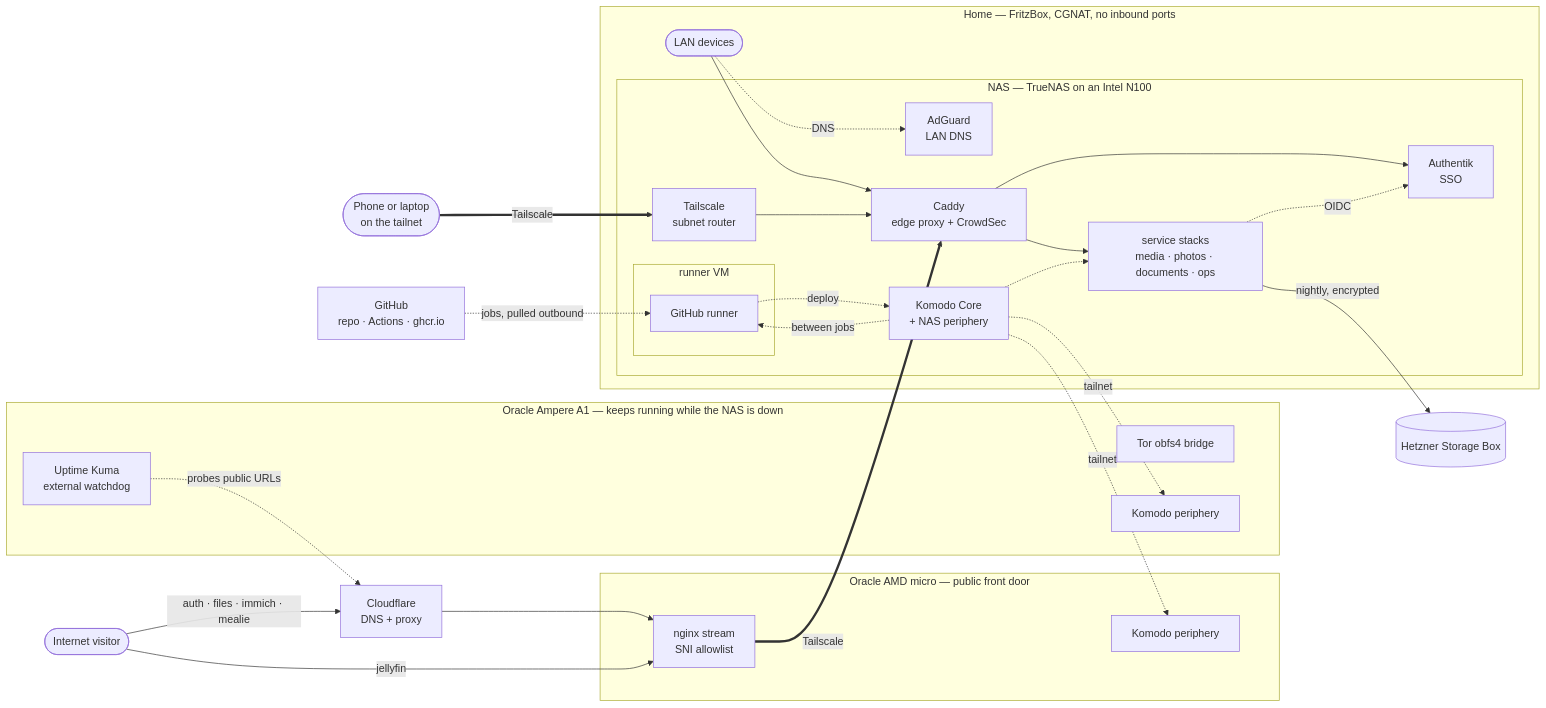
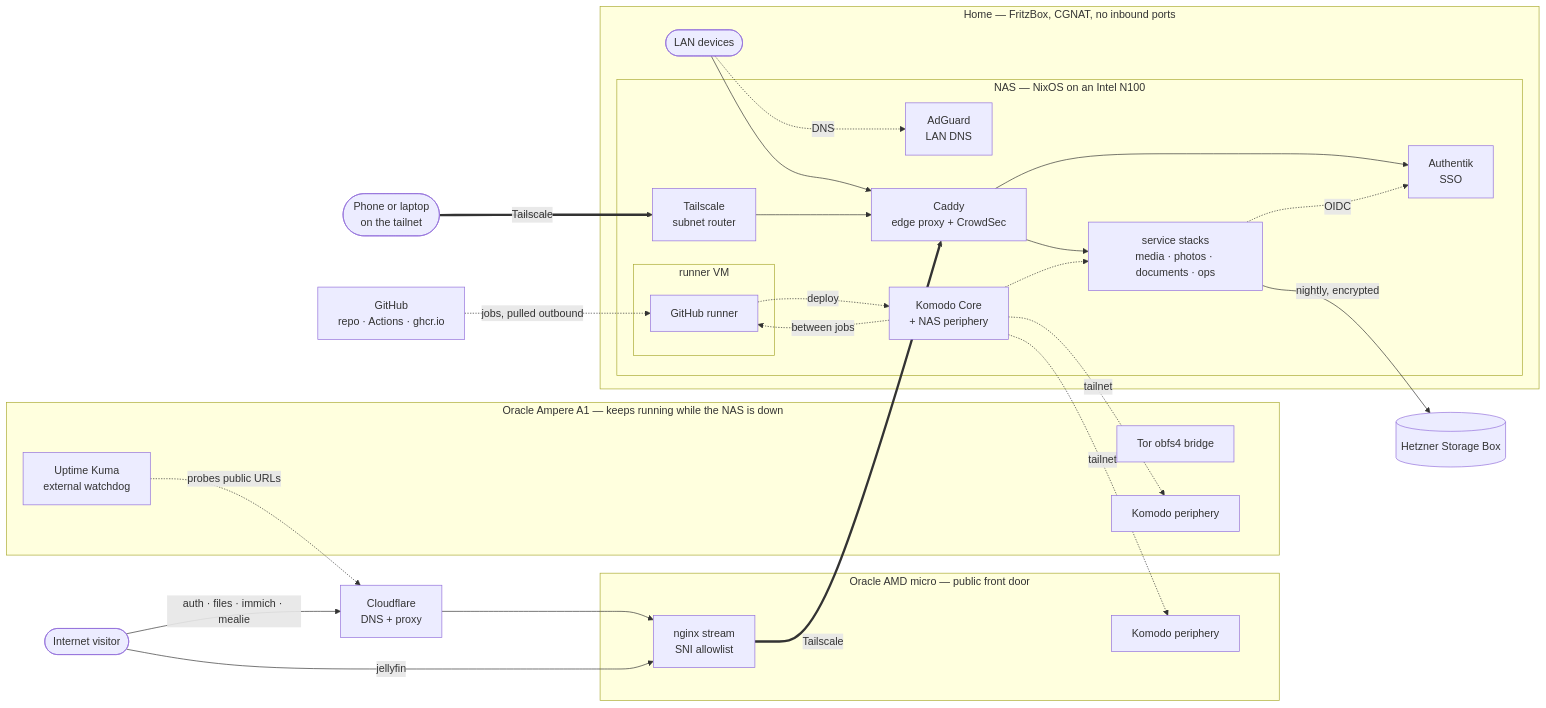
One commit to drizzelat/NAS-public changed the first of 6 diagrams in docs/architecture.md. Above: the diagram before and after it, drawn with Mermaid. The commit also changed other lines of this file and 32 other files, not shown here.

````diff
--- a/docs/architecture.md
+++ b/docs/architecture.md
@@ -25,54 +25,54 @@
 ```mermaid
 flowchart LR
   visitor(["Internet visitor"])
   remote(["Phone or laptop<br>on the tailnet"])
   cf["Cloudflare<br>DNS + proxy"]
   github["GitHub<br>repo · Actions · ghcr.io"]
   hetzner[("Hetzner Storage Box")]
 
   subgraph micro["Oracle AMD micro — public front door"]
     nginx["nginx stream<br>SNI allowlist"]
     microperiph["Komodo periphery"]
   end
 
   subgraph a1["Oracle Ampere A1 — keeps running while the NAS is down"]
     kumaext["Uptime Kuma<br>external watchdog"]
     tor["Tor obfs4 bridge"]
     a1periph["Komodo periphery"]
   end
 
   subgraph home["Home — FritzBox, CGNAT, no inbound ports"]
     lan(["LAN devices"])
-    subgraph nas["NAS — TrueNAS on an Intel N100"]
+    subgraph nas["NAS — NixOS on an Intel N100"]
       adguard["AdGuard<br>LAN DNS"]
       caddy["Caddy<br>edge proxy + CrowdSec"]
       authentik["Authentik<br>SSO"]
       services["service stacks<br>media · photos · documents · ops"]
       tailscale["Tailscale<br>subnet router"]
       komodo["Komodo Core<br>+ NAS periphery"]
       subgraph vm["runner VM"]
         runner["GitHub runner"]
       end
     end
   end
 
   visitor -->|"auth · files · immich · mealie"| cf
   cf --> nginx
   visitor -->|"jellyfin"| nginx
   nginx ==>|"Tailscale"| caddy
   lan -.->|"DNS"| adguard
   lan --> caddy
   remote ==>|"Tailscale"| tailscale
   tailscale --> caddy
   caddy --> services
   caddy --> authentik
   services -.->|"OIDC"| authentik
   github -.->|"jobs, pulled outbound"| runner
   runner -.->|"deploy"| komodo
   komodo -.-> services
   komodo -.->|"tailnet"| microperiph
   komodo -.->|"tailnet"| a1periph
   komodo -.->|"between jobs"| runner
   services -->|"nightly, encrypted"| hetzner
   kumaext -.->|"probes public URLs"| cf
 ```
````
